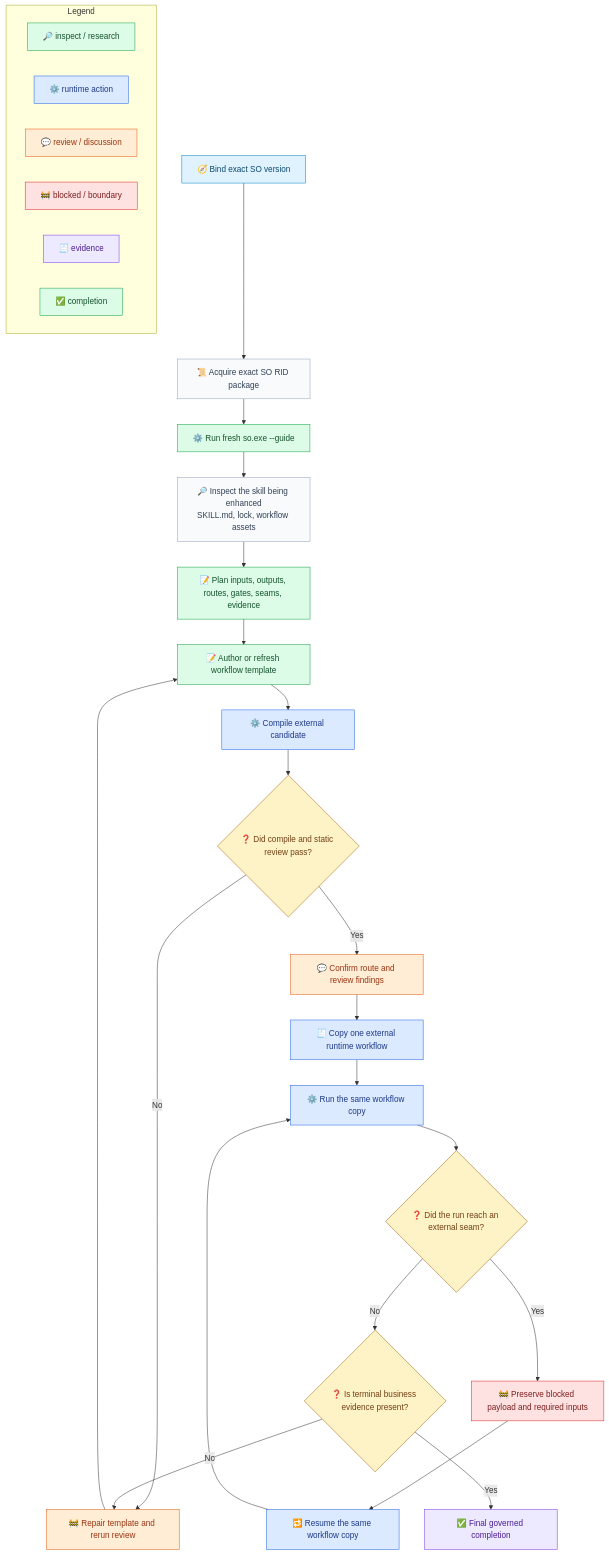
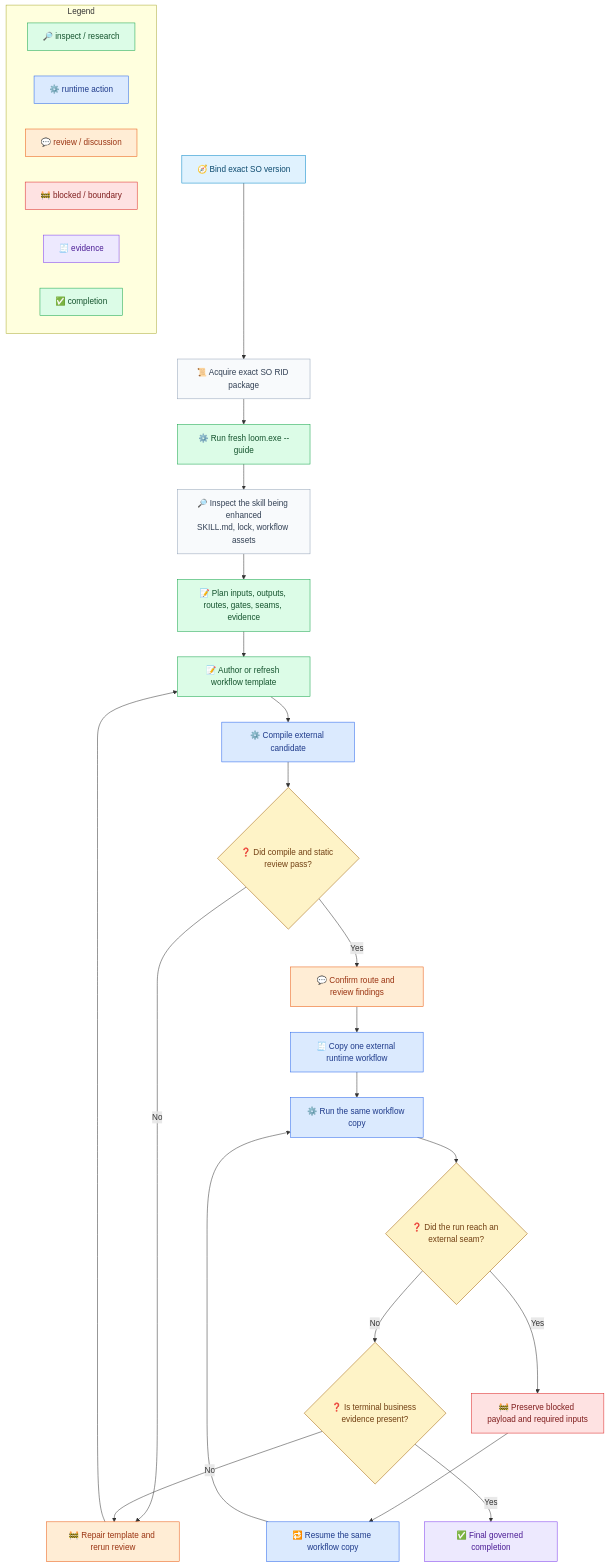
The diagram in docs/en/guides/so-guide-flow.md (waynebaby/Techne-Loom), drawn with Mermaid before and after one commit. The commit also changed other lines of this file and 130 other files, not shown here.

````diff
--- a/docs/en/guides/so-guide-flow.md
+++ b/docs/en/guides/so-guide-flow.md
@@ -55,54 +55,54 @@
 ```mermaid
 flowchart TD
     A["🧭 Bind exact SO version"] --> B["📜 Acquire exact SO RID package"]
-    B --> C["⚙️ Run fresh so.exe --guide"]
+    B --> C["⚙️ Run fresh loom.exe --guide"]
     C --> D["🔎 Inspect the skill being enhanced\nSKILL.md, lock, workflow assets"]
     D --> E["📝 Plan inputs, outputs, routes, gates, seams, evidence"]
     E --> F["📝 Author or refresh workflow template"]
     F --> G["⚙️ Compile external candidate"]
     G --> H{"❓ Did compile and static review pass?"}
     H -- "No" --> I["🚧 Repair template and rerun review"]
     I --> F
     H -- "Yes" --> J["💬 Confirm route and review findings"]
     J --> K["🧾 Copy one external runtime workflow"]
     K --> L["⚙️ Run the same workflow copy"]
     L --> M{"❓ Did the run reach an external seam?"}
     M -- "Yes" --> N["🚧 Preserve blocked payload and required inputs"]
     N --> O["🔁 Resume the same workflow copy"]
     O --> L
     M -- "No" --> P{"❓ Is terminal business evidence present?"}
     P -- "No" --> I
     P -- "Yes" --> Q["✅ Final governed completion"]
 
     classDef intake fill:#e0f2fe,stroke:#0284c7,color:#0c4a6e;
     classDef contract fill:#f8fafc,stroke:#94a3b8,color:#334155;
     classDef inspect fill:#dcfce7,stroke:#16a34a,color:#14532d;
     classDef runtime fill:#dbeafe,stroke:#2563eb,color:#1e3a8a;
     classDef review fill:#ffedd5,stroke:#ea580c,color:#9a3412;
     classDef blocked fill:#fee2e2,stroke:#dc2626,color:#7f1d1d;
     classDef decision fill:#fef3c7,stroke:#a16207,color:#713f12;
     classDef evidence fill:#ede9fe,stroke:#7c3aed,color:#4c1d95;
     classDef done fill:#dcfce7,stroke:#16a34a,color:#14532d;
     class A intake;
     class B,D contract;
     class C,E,F inspect;
     class G,K,L,O runtime;
     class I,J review;
     class N blocked;
     class H,M,P decision;
     class Q evidence;
     subgraph legend["Legend"]
         Z1["🔎 inspect / research"]
         Z2["⚙️ runtime action"]
         Z3["💬 review / discussion"]
         Z4["🚧 blocked / boundary"]
         Z5["🧾 evidence"]
         Z6["✅ completion"]
     end
     class Z1 inspect;
     class Z2 runtime;
     class Z3 review;
     class Z4 blocked;
     class Z5 evidence;
     class Z6 done;
 ```
````
